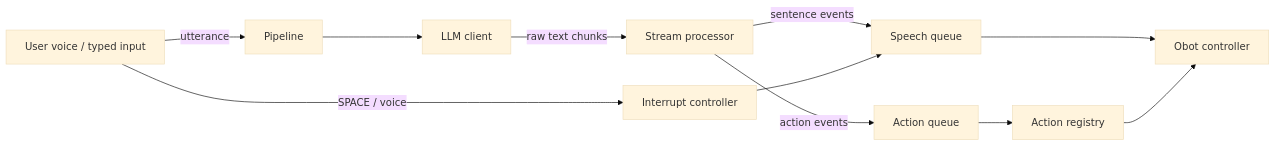
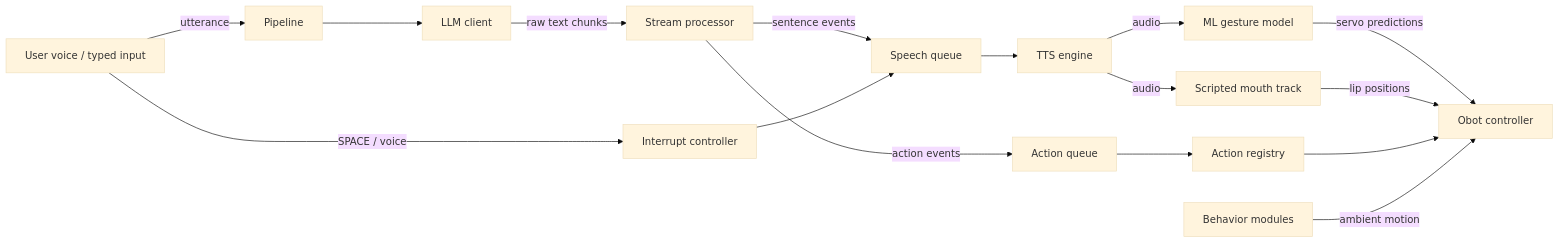
One commit to BloodWolfPlayer/UbiqSystems-OhBot-Behaviors-Engine changed the diagram in README.md. Above: the diagram before and after it, drawn with Mermaid (base theme). The commit also changed other lines of this file and 21 other files, not shown here.

````diff
--- a/README.md
+++ b/README.md
@@ -18,13 +19,18 @@
 ```mermaid
 flowchart LR
     User[User voice / typed input] -->|utterance| Pipeline
     Pipeline --> LLM[LLM client]
-    LLM[LLM client] -->|raw text chunks| Processor[Stream processor]
+    LLM -->|raw text chunks| Processor[Stream processor]
     Processor -->|sentence events| SpeechQueue[Speech queue]
     Processor -->|action events| ActionQueue[Action queue]
-    SpeechQueue --> Controller[Obot controller]
+    SpeechQueue --> TTS[TTS engine]
+    TTS -->|audio| MLModel[ML gesture model]
+    TTS -->|audio| MouthTrack[Scripted mouth track]
+    MLModel -->|servo predictions| Controller[Obot controller]
+    MouthTrack -->|lip positions| Controller
     ActionQueue --> Registry[Action registry]
     Registry --> Controller
+    Behaviors[Behavior modules] -->|ambient motion| Controller
     User -->|SPACE / voice| Interrupt[Interrupt controller]
     Interrupt --> SpeechQueue
 ```
````
